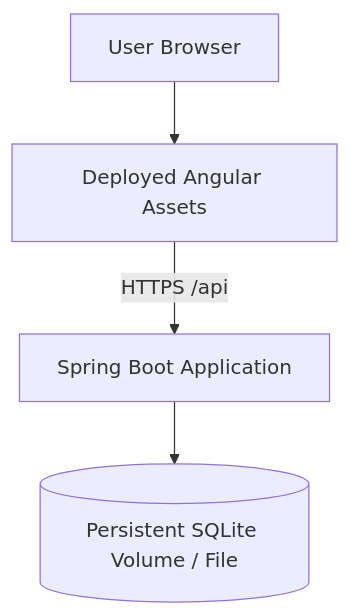
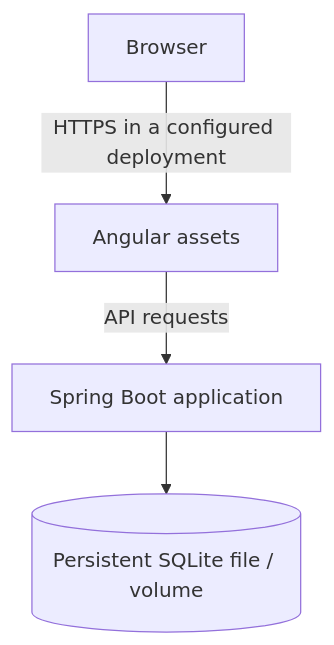
Before and after one commit to Pravesh8818-tech/incubyte-salary-management: the fifth of 5 diagrams in docs/architecture-diagrams.md, drawn with Mermaid. The commit also changed other lines of this file and 6 other files, not shown here.

````diff
--- a/docs/architecture-diagrams.md
+++ b/docs/architecture-diagrams.md
@@ -58,6 +82,6 @@
 ```mermaid
 flowchart TB
-    Browser[User Browser] --> Web[Deployed Angular Assets]
-    Web -->|HTTPS /api| App[Spring Boot Application]
-    App --> Persist[(Persistent SQLite Volume / File)]
+    Browser[Browser] -->|HTTPS in a configured deployment| Web[Angular assets]
+    Web -->|API requests| App[Spring Boot application]
+    App --> Persist[(Persistent SQLite file / volume)]
 ```
````
